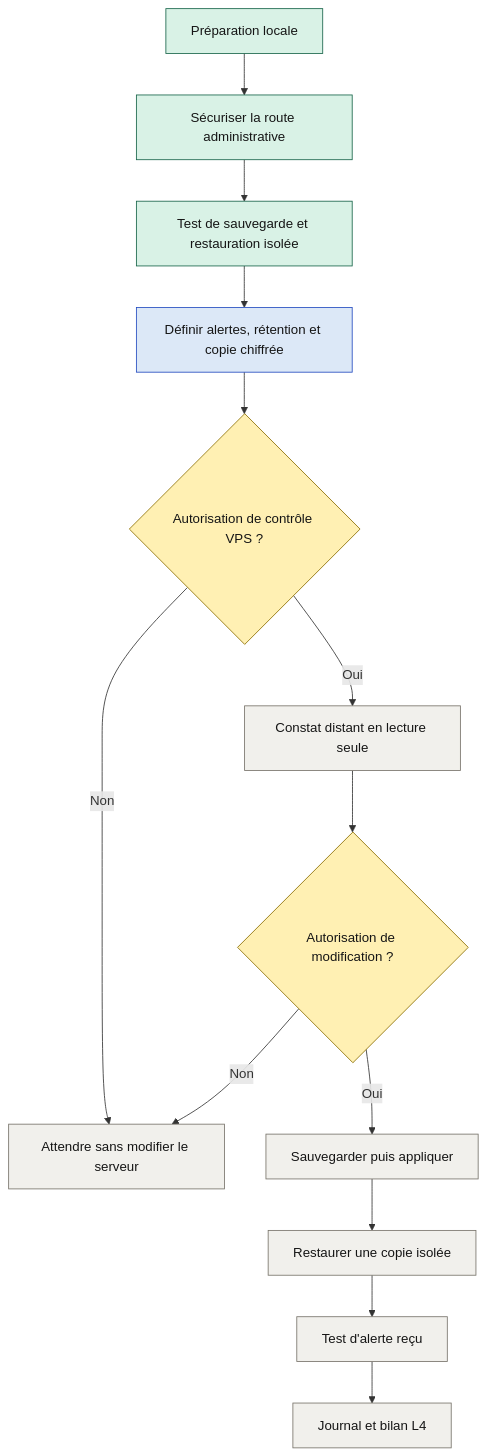
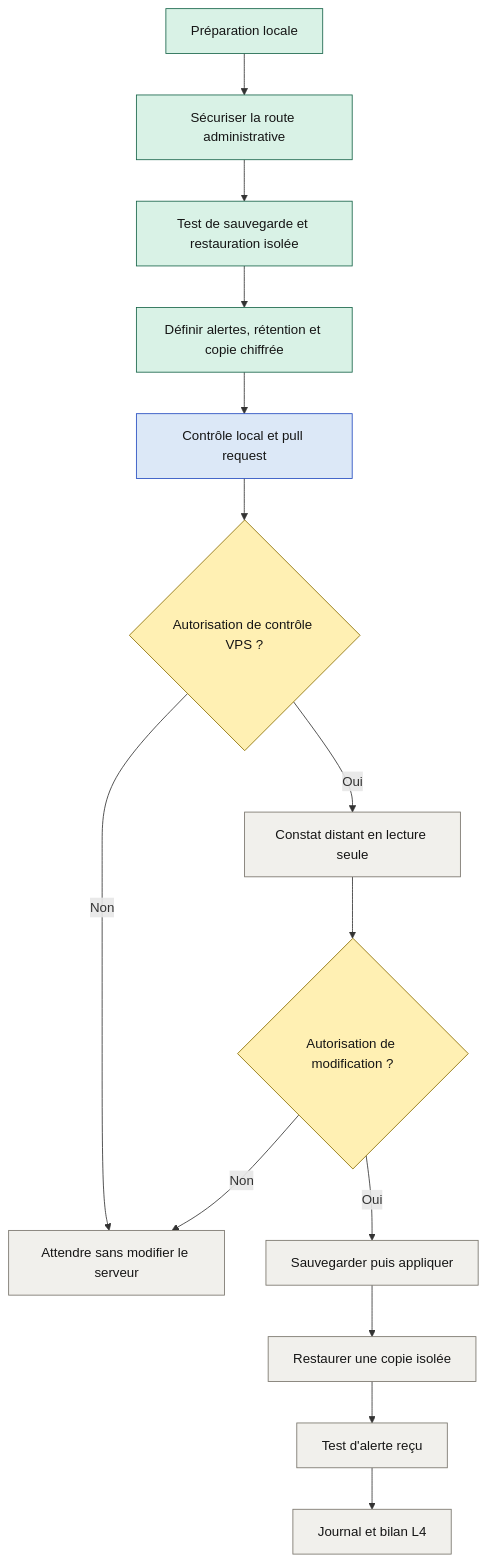
Before and after one commit to VinniMo/samstag: the diagram in docs/diagrams/l4-operations.mmd, drawn with Mermaid. The commit also changed 10 other files, not shown here.

```diff
--- a/docs/diagrams/l4-operations.mmd
+++ b/docs/diagrams/l4-operations.mmd
@@ -1,23 +1,24 @@
 flowchart TD
     A[Préparation locale] --> B[Sécuriser la route administrative]
     B --> C[Test de sauvegarde et restauration isolée]
     C --> D[Définir alertes, rétention et copie chiffrée]
-    D --> E{Autorisation de contrôle VPS ?}
+    D --> P[Contrôle local et pull request]
+    P --> E{Autorisation de contrôle VPS ?}
     E -->|Non| W[Attendre sans modifier le serveur]
     E -->|Oui| F[Constat distant en lecture seule]
     F --> G{Autorisation de modification ?}
     G -->|Non| W
     G -->|Oui| H[Sauvegarder puis appliquer]
     H --> I[Restaurer une copie isolée]
     I --> J[Test d'alerte reçu]
     J --> K[Journal et bilan L4]
 
     classDef done fill:#d9f2e6,stroke:#176449,color:#151515
     classDef ready fill:#dce8f7,stroke:#244bc0,color:#151515
     classDef approval fill:#fff0b3,stroke:#8a6d00,color:#151515
     classDef future fill:#f1f0ec,stroke:#77736a,color:#151515
 
-    class A,B,C done
-    class D ready
+    class A,B,C,D done
+    class P ready
     class E,G approval
     class F,H,I,J,K,W future
```
